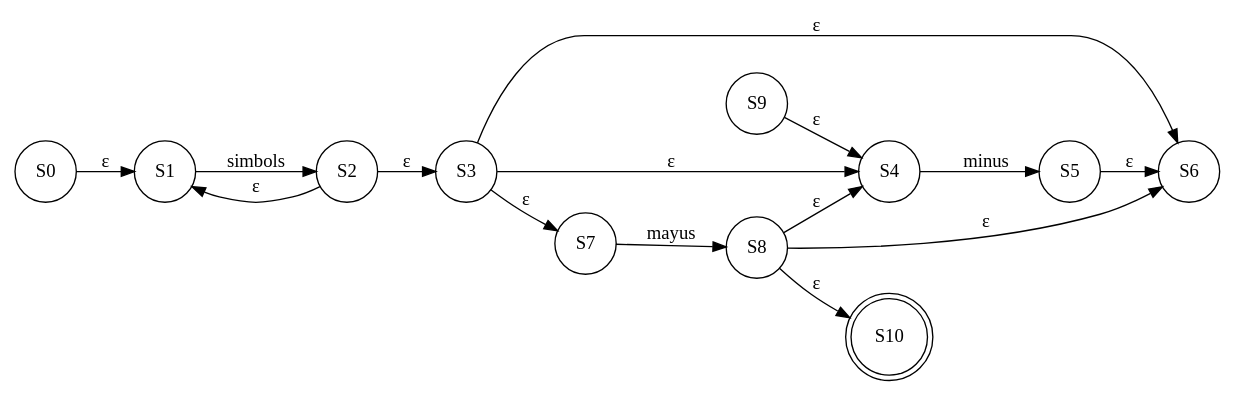
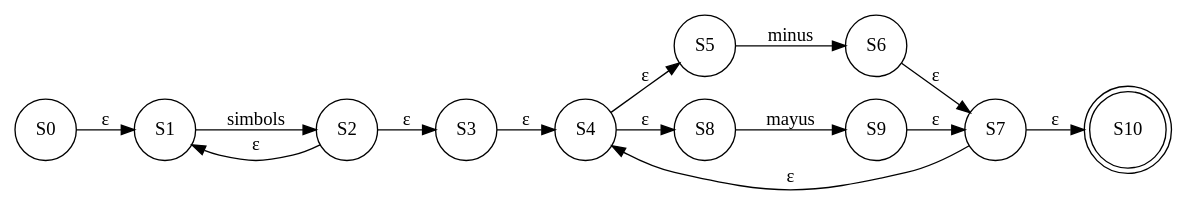
Before and after one commit to AaronGMG2000/-OLC1-Proyecto1: the diagram in [OLC1]201903872_Proyecto1/AFND_201903872/erAzar.dot, drawn with Graphviz. The commit also changed 75 other files, not shown here.

```diff
--- a/[OLC1]201903872_Proyecto1/AFND_201903872/erAzar.dot
+++ b/[OLC1]201903872_Proyecto1/AFND_201903872/erAzar.dot
@@ -1,31 +1,30 @@
 digraph grafica{
 rankdir=LR;
 forcelabels= true;
 node [shape = circle];
 S0;
 S1;
 S2;
 S3;
 S4;
 S5;
 S6;
 S7;
 S8;
 S9;
 S10[shape = doublecircle];
 S0->S1[label="ε"]
 S1->S2[label="simbols"]
 S2->S1[label="ε"]
 S2->S3[label="ε"]
+S4->S5[label="ε"]
+S4->S8[label="ε"]
+S5->S6[label="minus"]
+S6->S7[label="ε"]
+S8->S9[label="mayus"]
+S9->S7[label="ε"]
 S3->S4[label="ε"]
-S3->S7[label="ε"]
-S4->S5[label="minus"]
-S5->S6[label="ε"]
-S7->S8[label="mayus"]
-S8->S6[label="ε"]
-S9->S4[label="ε"]
-S8->S10[label="ε"]
-S8->S4[label="ε"]
-S3->S6[label="ε"]
+S7->S4[label="ε"]
+S7->S10[label="ε"]
 
 }
```
